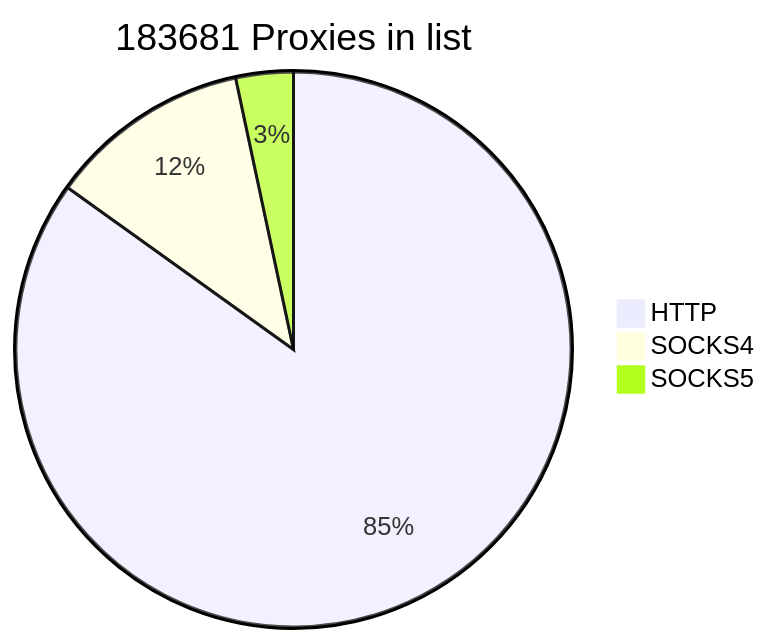
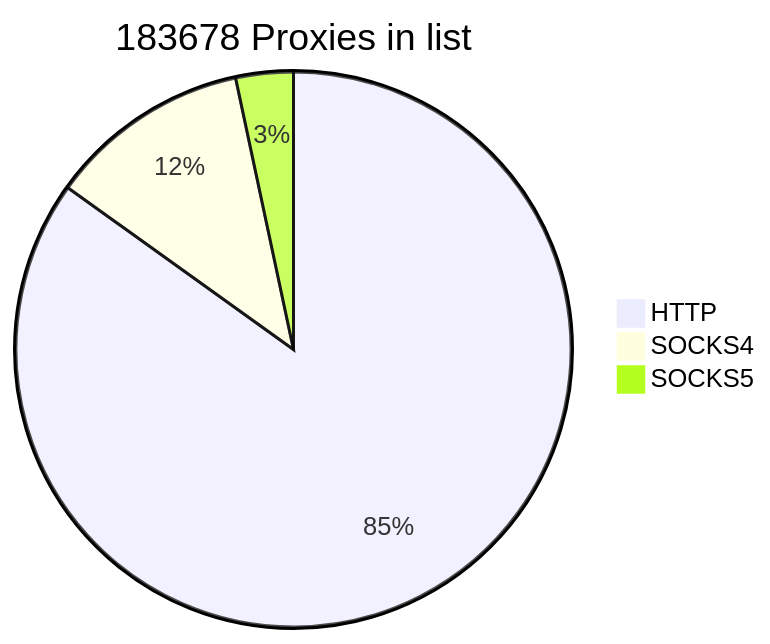
One commit to cutipu/proxylist changed the first of 2 diagrams in README.md. Above: the diagram before and after it, drawn with Mermaid. The commit also changed other lines of this file, not shown here.

````diff
--- a/README.md
+++ b/README.md
@@ -2,7 +2,7 @@
 ```mermaid
-pie title 183681 Proxies in list
-    "HTTP" : 155944
-    "SOCKS4" : 21600
-    "SOCKS5" : 6137
+pie title 183678 Proxies in list
+    "HTTP" : 155942
+    "SOCKS4" : 21595
+    "SOCKS5" : 6141
             
 ```
````
